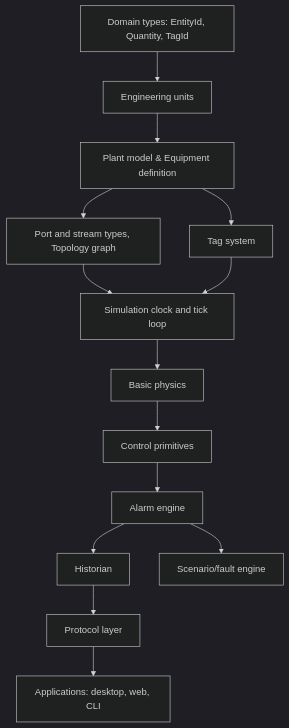
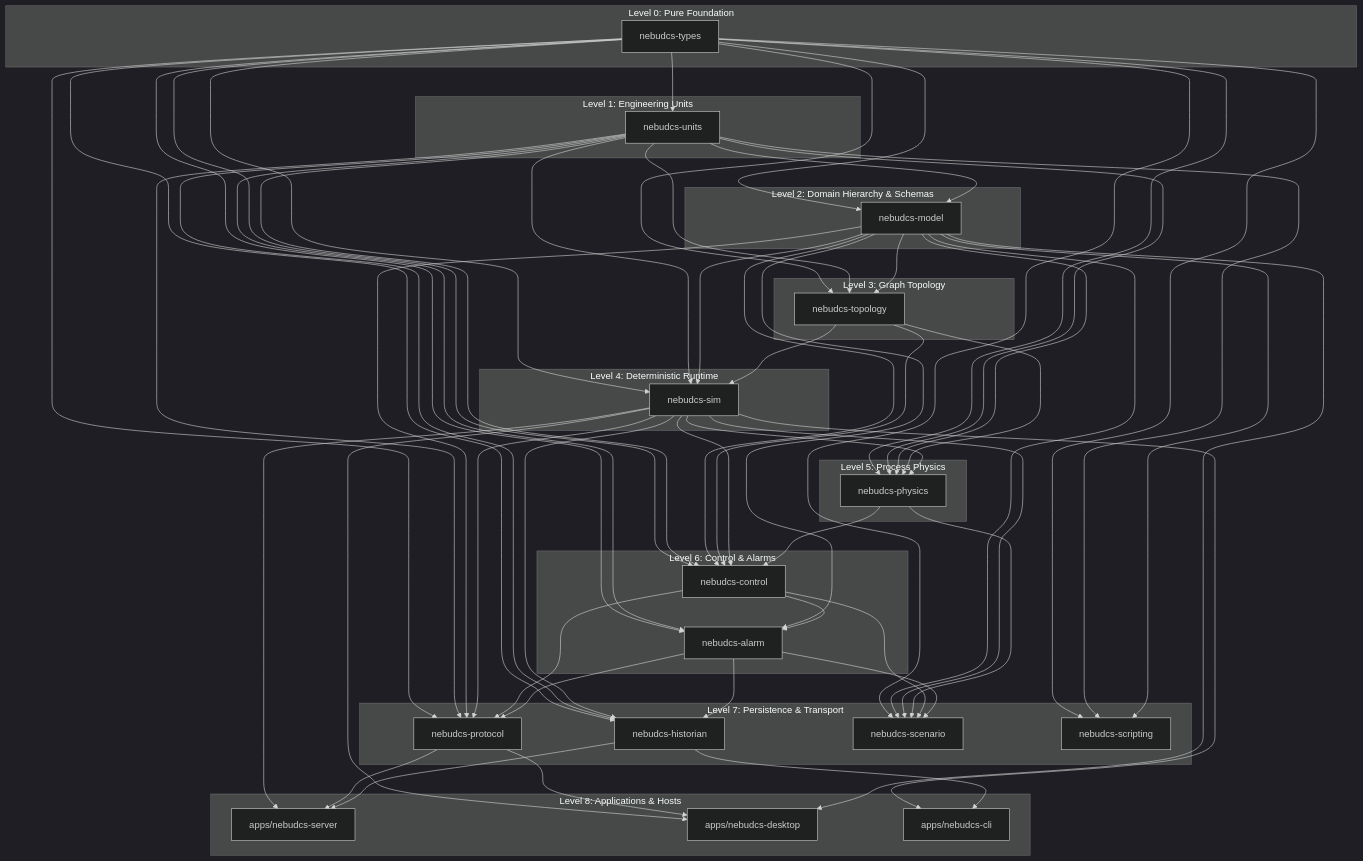
One commit to kaivyy/nebudcs changed the diagram in docs/implementation/dependency-map.md. Above: the diagram before and after it, drawn with Mermaid (dark theme). The commit also changed other lines of this file and 149 other files, not shown here.

Commit message:
baseline: phase 9 verified (scenario & fault injection subsystem, documentation audited, regression clean)

````diff
--- a/docs/implementation/dependency-map.md
+++ b/docs/implementation/dependency-map.md
@@ -25,16 +36,109 @@
 ```mermaid
 graph TD
-    Types[Domain types: EntityId, Quantity, TagId] --> Units[Engineering units]
-    Units --> Model[Plant model & Equipment definition]
-    Model --> Topology[Port and stream types, Topology graph]
-    Model --> Tags[Tag system]
-    Topology --> Sim[Simulation clock and tick loop]
-    Tags --> Sim
-    Sim --> Physics[Basic physics]
-    Physics --> Control[Control primitives]
-    Control --> Alarm[Alarm engine]
-    Alarm --> Historian[Historian]
-    Alarm --> Scenario[Scenario/fault engine]
-    Historian --> Protocol[Protocol layer]
-    Protocol --> Apps[Applications: desktop, web, CLI]
+    subgraph "Level 0: Pure Foundation"
+        Types[nebudcs-types]
+    end
+
+    subgraph "Level 1: Engineering Units"
+        Units[nebudcs-units]
+    end
+
+    subgraph "Level 2: Domain Hierarchy & Schemas"
+        Model[nebudcs-model]
+    end
+
+    subgraph "Level 3: Graph Topology"
+        Topology[nebudcs-topology]
+    end
+
+    subgraph "Level 4: Deterministic Runtime"
+        Sim[nebudcs-sim]
+    end
+
+    subgraph "Level 5: Process Physics"
+        Physics[nebudcs-physics]
+    end
+
+    subgraph "Level 6: Control & Alarms"
+        Control[nebudcs-control]
+        Alarm[nebudcs-alarm]
+    end
+
+    subgraph "Level 7: Persistence & Transport"
+        Historian[nebudcs-historian]
+        Protocol[nebudcs-protocol]
+        Scenario[nebudcs-scenario]
+        Scripting[nebudcs-scripting]
+    end
+
+    subgraph "Level 8: Applications & Hosts"
+        Server[apps/nebudcs-server]
+        Desktop[apps/nebudcs-desktop]
+        CLI[apps/nebudcs-cli]
+    end
+
+    Types --> Units
+    Types --> Model
+    Units --> Model
+
+    Types --> Topology
+    Units --> Topology
+    Model --> Topology
+
+    Types --> Sim
+    Units --> Sim
+    Model --> Sim
+    Topology --> Sim
+
+    Types --> Physics
+    Units --> Physics
+    Model --> Physics
+    Topology --> Physics
+    Sim --> Physics
+
+    Types --> Control
+    Units --> Control
+    Model --> Control
+    Topology --> Control
+    Sim --> Control
+    Physics --> Control
+
+    Types --> Alarm
+    Units --> Alarm
+    Model --> Alarm
+    Control --> Alarm
+
+    Types --> Historian
+    Units --> Historian
+    Sim --> Historian
+    Alarm --> Historian
+
+    Types --> Protocol
+    Units --> Protocol
+    Model --> Protocol
+    Sim --> Protocol
+    Control --> Protocol
+    Alarm --> Protocol
+
+    Types --> Scenario
+    Model --> Scenario
+    Sim --> Scenario
+    Physics --> Scenario
+    Control --> Scenario
+    Alarm --> Scenario
+
+    Types --> Scripting
+    Units --> Scripting
+    Model --> Scripting
+
+    Sim --> Server
+    Protocol --> Server
+    Historian --> Server
+
+    Sim --> Desktop
+    Protocol --> Desktop
+    Model --> Desktop
+
+    Sim --> CLI
+    Historian --> CLI
 ```
````
